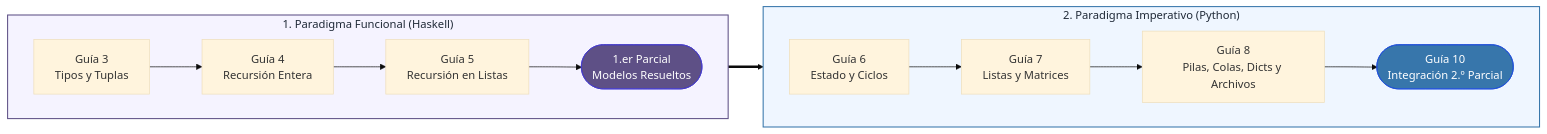
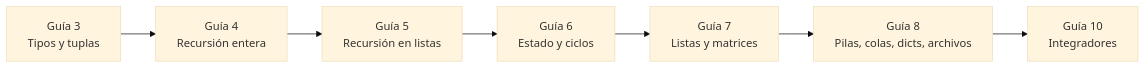
The diagram in README.md (damianvarela2/algoritmos_1), drawn with Mermaid (base theme) before and after one commit. The commit also changed other lines of this file, not shown here.

````diff
--- a/README.md
+++ b/README.md
@@ -34,23 +112,9 @@
 ```mermaid
 flowchart LR
-    subgraph Funcional ["1. Paradigma Funcional (Haskell)"]
-        direction LR
-        G3["Guía 3<br/>Tipos y Tuplas"] --> G4["Guía 4<br/>Recursión Entera"]
-        G4 --> G5["Guía 5<br/>Recursión en Listas"]
-        G5 --> P1(["1.er Parcial<br/>Modelos Resueltos"])
-    end
-
-    subgraph Imperativo ["2. Paradigma Imperativo (Python)"]
-        direction LR
-        G6["Guía 6<br/>Estado y Ciclos"] --> G7["Guía 7<br/>Listas y Matrices"]
-        G7 --> G8["Guía 8<br/>Pilas, Colas, Dicts y Archivos"]
-        G8 --> G10(["Guía 10<br/>Integración 2.º Parcial"])
-    end
-
-    Funcional ==> Imperativo
-
-    style Funcional fill:#f5f3ff,stroke:#5e5086,stroke-width:1.5px,color:#1f2937
-    style Imperativo fill:#eff6ff,stroke:#3776ab,stroke-width:1.5px,color:#1f2937
-    style P1 fill:#5e5086,stroke:#4338ca,color:#ffffff
-    style G10 fill:#3776ab,stroke:#1d4ed8,color:#ffffff
+    G3["Guía 3<br/>Tipos y tuplas"] --> G4["Guía 4<br/>Recursión entera"]
+    G4 --> G5["Guía 5<br/>Recursión en listas"]
+    G5 --> G6["Guía 6<br/>Estado y ciclos"]
+    G6 --> G7["Guía 7<br/>Listas y matrices"]
+    G7 --> G8["Guía 8<br/>Pilas, colas, dicts, archivos"]
+    G8 --> G10["Guía 10<br/>Integradores"]
 ```
````
